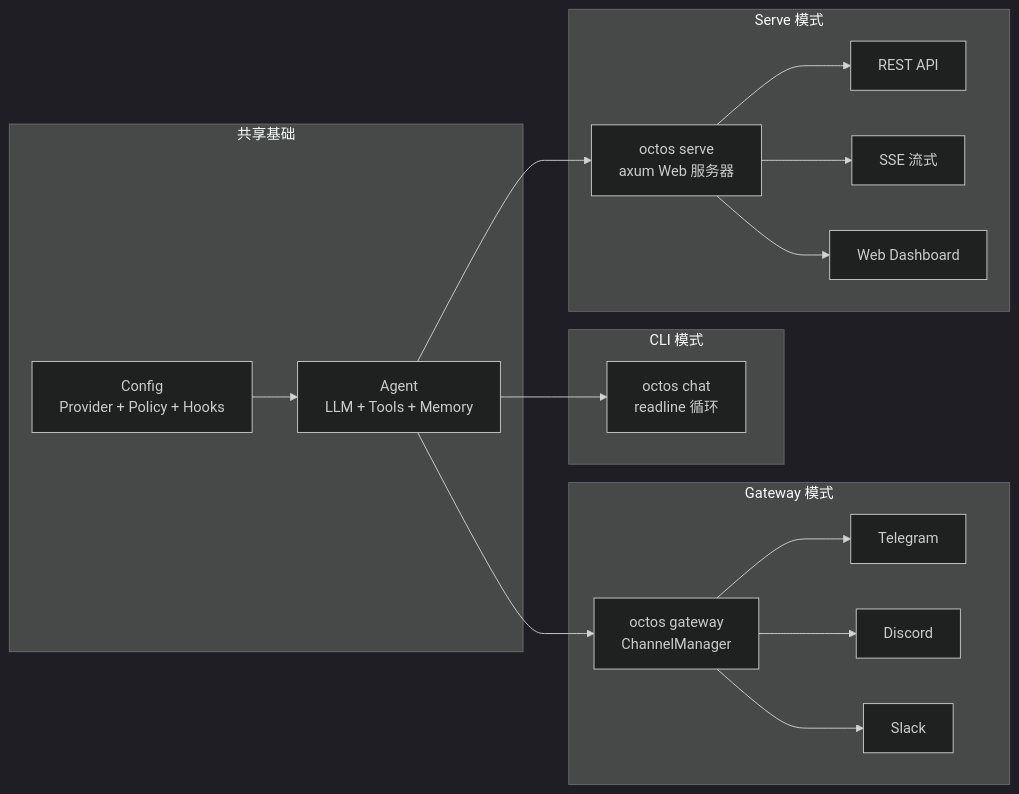
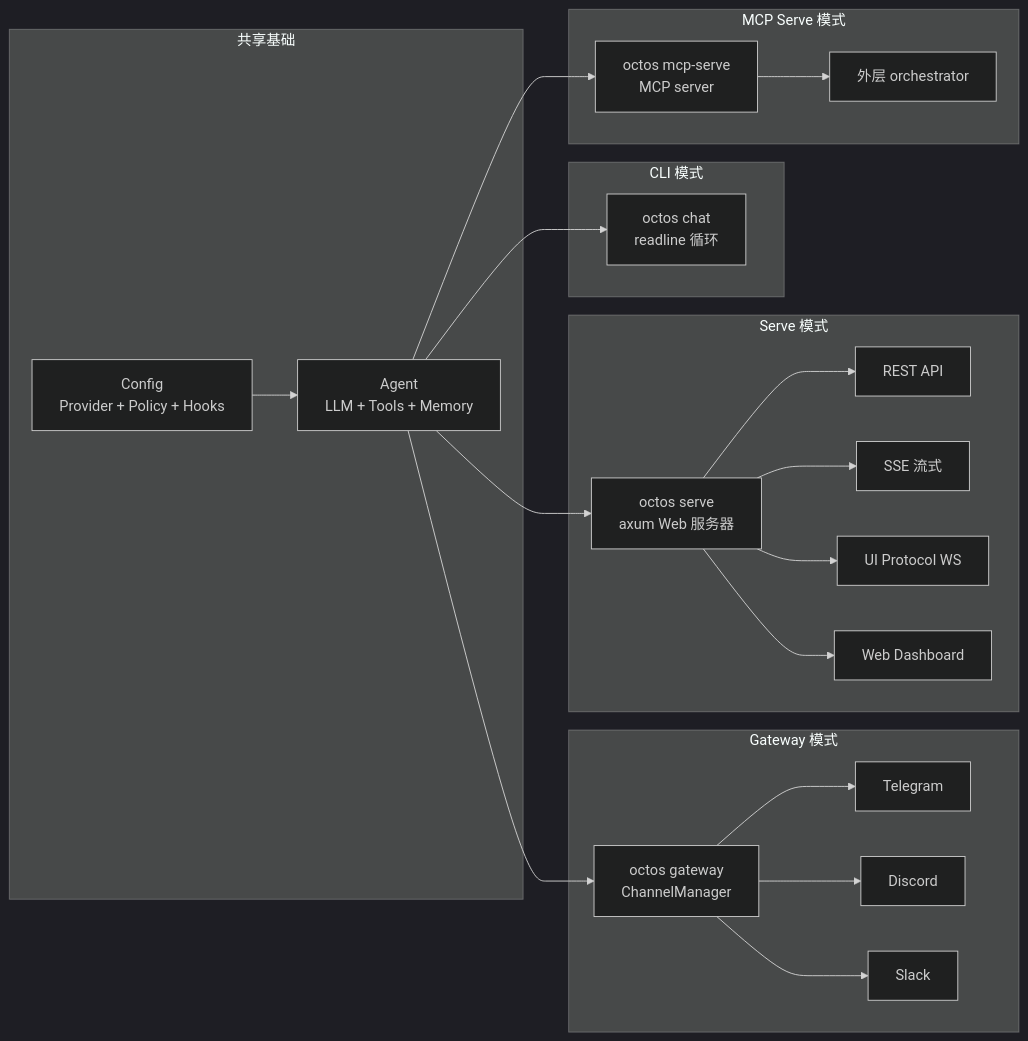
Before and after one commit to ZhangHanDong/octos-book: the diagram in book/src/part3/ch13.md, drawn with Mermaid (dark theme). The commit also changed other lines of this file and 22 other files, not shown here.

````diff
--- a/book/src/part3/ch13.md
+++ b/book/src/part3/ch13.md
@@ -56,32 +62,40 @@
 ```mermaid
 flowchart LR
     subgraph "共享基础"
         Agent["Agent<br/>LLM + Tools + Memory"]
         Config["Config<br/>Provider + Policy + Hooks"]
     end
 
     subgraph "CLI 模式"
         CLI["octos chat<br/>readline 循环"]
     end
 
     subgraph "Gateway 模式"
         GW["octos gateway<br/>ChannelManager"]
         TG["Telegram"]
         DC["Discord"]
         SL["Slack"]
     end
 
     subgraph "Serve 模式"
         SV["octos serve<br/>axum Web 服务器"]
         REST["REST API"]
         SSE["SSE 流式"]
+        UIP["UI Protocol WS"]
         UI["Web Dashboard"]
+    end
+
+    subgraph "MCP Serve 模式"
+        MCP["octos mcp-serve<br/>MCP server"]
+        ORCH["外层 orchestrator"]
     end
 
     Config --> Agent
     Agent --> CLI
     Agent --> GW
     Agent --> SV
+    Agent --> MCP
     GW --> TG & DC & SL
-    SV --> REST & SSE & UI
+    SV --> REST & SSE & UIP & UI
+    MCP --> ORCH
 ```
````
